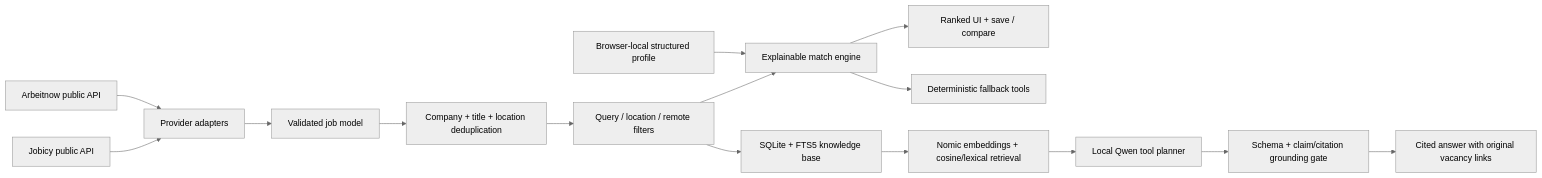
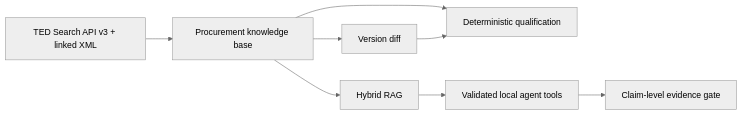
The first of 3 diagrams in README.md (Sintagmatarches/applied-ai-lab), drawn with Mermaid (neutral theme) before and after one commit. The commit also changed other lines of this file and 70 other files, not shown here.

Commit message:
Migrate job agent to EU tender intelligence

````diff
--- a/README.md
+++ b/README.md
@@ -25,17 +25,10 @@
 ```mermaid
 flowchart LR
-  A["Arbeitnow public API"] --> N["Provider adapters"]
-  J["Jobicy public API"] --> N
-  N --> V["Validated job model"]
-  V --> D["Company + title + location deduplication"]
-  D --> F["Query / location / remote filters"]
-  P["Browser-local structured profile"] --> M["Explainable match engine"]
-  F --> M
-  M --> U["Ranked UI + save / compare"]
-  M --> T["Deterministic fallback tools"]
-  F --> S["SQLite + FTS5 knowledge base"]
-  S --> E["Nomic embeddings + cosine/lexical retrieval"]
-  E --> Q["Local Qwen tool planner"]
-  Q --> G["Schema + claim/citation grounding gate"]
-  G --> C["Cited answer with original vacancy links"]
+  T["TED Search API v3 + linked XML"] --> K["Procurement knowledge base"]
+  K --> Q["Deterministic qualification"]
+  K --> R["Hybrid RAG"]
+  R --> A["Validated local agent tools"]
+  A --> G["Claim-level evidence gate"]
+  K --> V["Version diff"]
+  V --> Q
 ```
````
